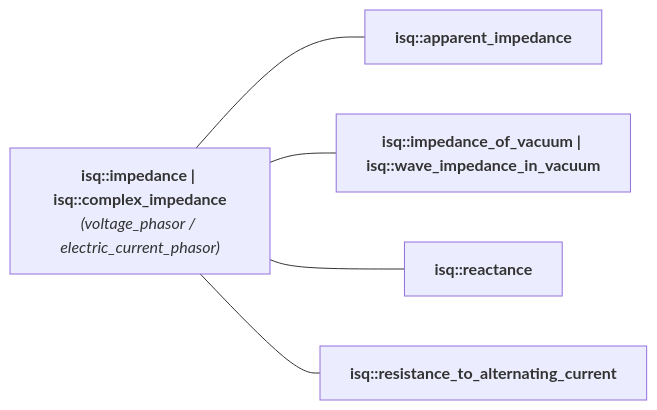
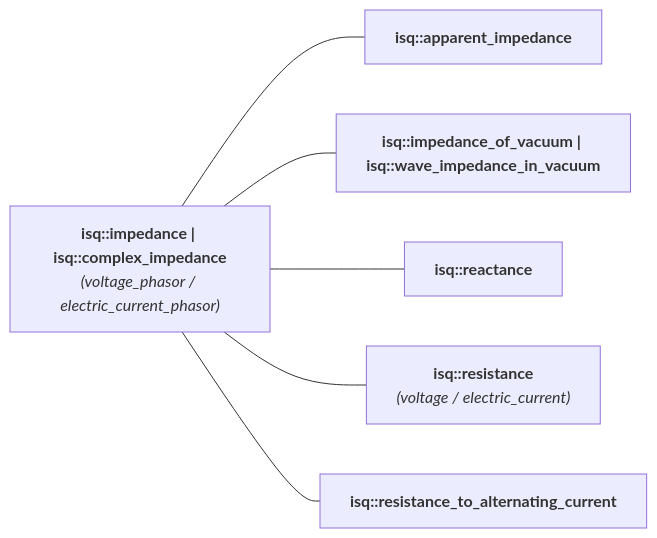
Before and after one commit to mpusz/mp-units: the diagram in docs/reference/systems_reference/hierarchies/impedance.md, drawn with Mermaid. The commit also changed 38 other files, not shown here.

````diff
--- a/docs/reference/systems_reference/hierarchies/impedance.md
+++ b/docs/reference/systems_reference/hierarchies/impedance.md
@@ -8,12 +8,14 @@
 ```mermaid
 flowchart LR
     isq_impedance["<b><a href="../../systems/isq/#impedance" style="color: var(--md-mermaid-label-fg-color); text-decoration: none;">isq::impedance</a> | <a href="../../systems/isq/#complex_impedance" style="color: var(--md-mermaid-label-fg-color); text-decoration: none;">isq::complex_impedance</a></b><br><i>(<a href="../../systems/isq/#voltage_phasor" style="color: var(--md-mermaid-label-fg-color); text-decoration: none;">voltage_phasor</a> / <a href="../../systems/isq/#electric_current_phasor" style="color: var(--md-mermaid-label-fg-color); text-decoration: none;">electric_current_phasor</a>)</i>"]
     isq_apparent_impedance["<b><a href="../../systems/isq/#apparent_impedance" style="color: var(--md-mermaid-label-fg-color); text-decoration: none;">isq::apparent_impedance</a></b>"]
     isq_impedance --- isq_apparent_impedance
     isq_impedance_of_vacuum["<b><a href="../../systems/isq/#impedance_of_vacuum" style="color: var(--md-mermaid-label-fg-color); text-decoration: none;">isq::impedance_of_vacuum</a> | <a href="../../systems/isq/#wave_impedance_in_vacuum" style="color: var(--md-mermaid-label-fg-color); text-decoration: none;">isq::wave_impedance_in_vacuum</a></b>"]
     isq_impedance --- isq_impedance_of_vacuum
     isq_reactance["<b><a href="../../systems/isq/#reactance" style="color: var(--md-mermaid-label-fg-color); text-decoration: none;">isq::reactance</a></b>"]
     isq_impedance --- isq_reactance
+    isq_resistance["<b><a href="../../systems/isq/#resistance" style="color: var(--md-mermaid-label-fg-color); text-decoration: none;">isq::resistance</a></b><br><i>(<a href="../../systems/isq/#voltage" style="color: var(--md-mermaid-label-fg-color); text-decoration: none;">voltage</a> / <a href="../../systems/isq/#electric_current" style="color: var(--md-mermaid-label-fg-color); text-decoration: none;">electric_current</a>)</i>"]
+    isq_impedance --- isq_resistance
     isq_resistance_to_alternating_current["<b><a href="../../systems/isq/#resistance_to_alternating_current" style="color: var(--md-mermaid-label-fg-color); text-decoration: none;">isq::resistance_to_alternating_current</a></b>"]
     isq_impedance --- isq_resistance_to_alternating_current
 ```
````
